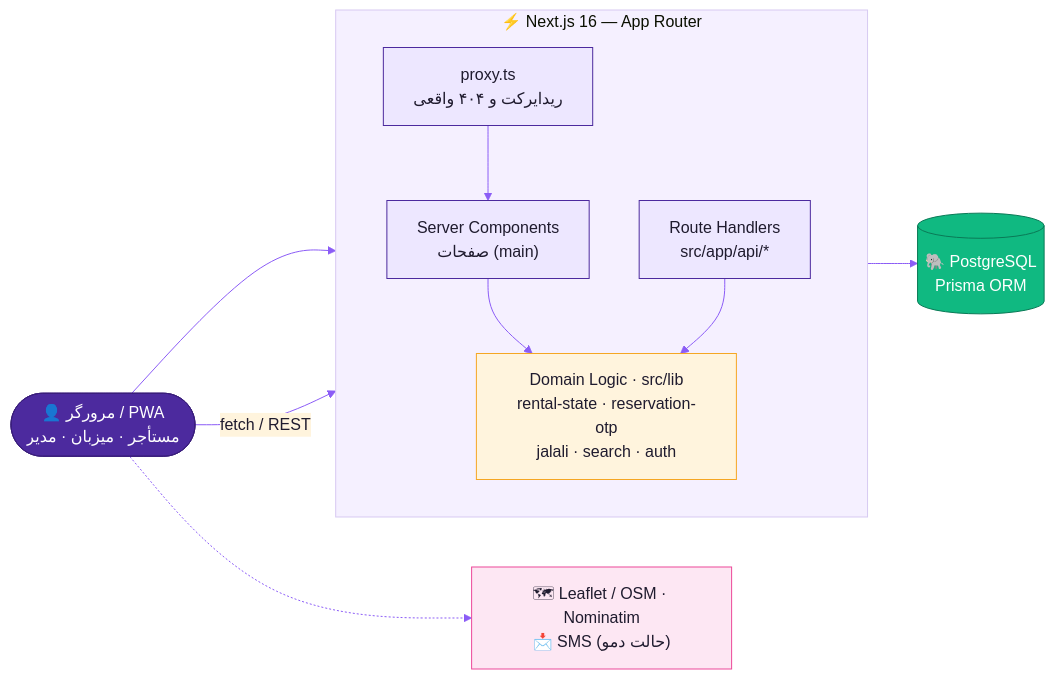
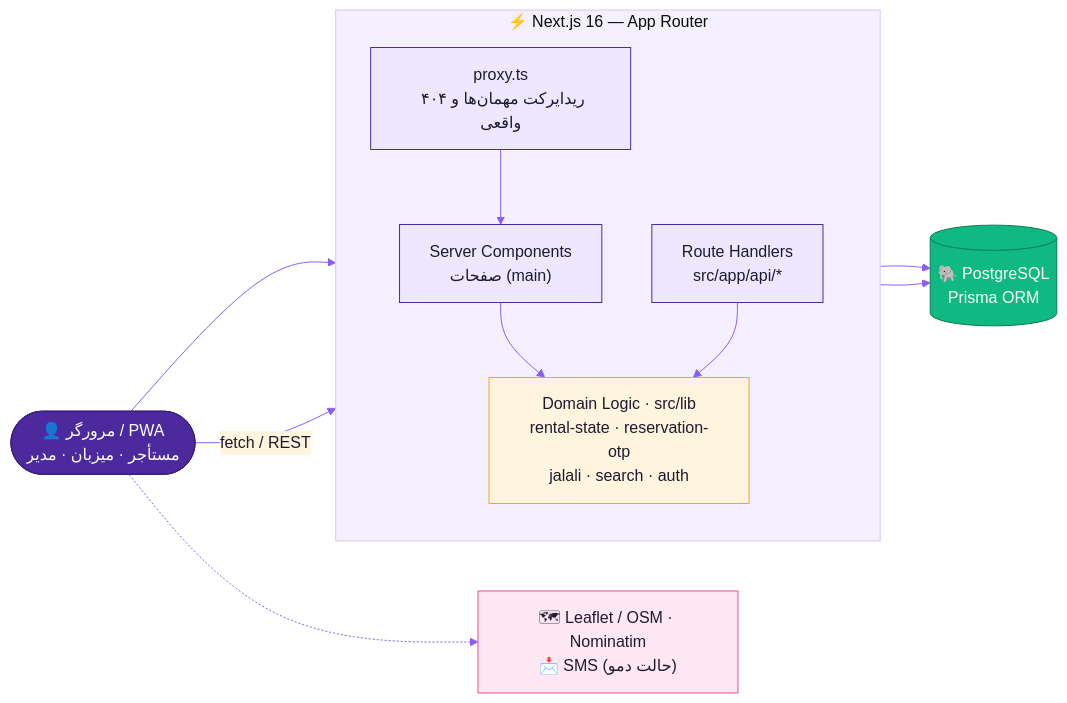
Before and after one commit to PariyaHeshmati-2005/Overa: the first of 2 diagrams in README.md, drawn with Mermaid. The commit also changed other lines of this file and 48 other files, not shown here.

````diff
--- a/README.md
+++ b/README.md
@@ -344,25 +336,26 @@
 ```mermaid
 %%{init: {'theme':'base','themeVariables':{'primaryColor':'#EDE7FF','primaryTextColor':'#1F1B2E','primaryBorderColor':'#4C2A9E','lineColor':'#8B5CF6','secondaryColor':'#FFF4DD','tertiaryColor':'#F5F0FF','fontFamily':'Vazirmatn, Tahoma, sans-serif'}}}%%
 flowchart LR
     U(["👤 مرورگر / PWA<br/>مستأجر · میزبان · مدیر"]):::user
     subgraph NEXT["⚡ Next.js 16 — App Router"]
         direction TB
-        P["proxy.ts<br/>ریدایرکت و ۴۰۴ واقعی"]:::core
+        P["proxy.ts<br/>ریدایرکت مهمان‌ها و ۴۰۴ واقعی"]:::core
         S["Server Components<br/>صفحات (main)"]:::core
         A["Route Handlers<br/>src/app/api/*"]:::core
         L["Domain Logic · src/lib<br/>rental-state · reservation-otp<br/>jalali · search · auth"]:::logic
     end
     DB[("🐘 PostgreSQL<br/>Prisma ORM")]:::db
     EXT["🗺 Leaflet / OSM · Nominatim<br/>📩 SMS (حالت دمو)"]:::ext
     U --> P --> S
     U -- "fetch / REST" --> A
     S --> L
+    S --> DB
     A --> L
     L --> DB
     U -.-> EXT
     classDef user fill:#4C2A9E,stroke:#3A1E7B,color:#fff
     classDef core fill:#EDE7FF,stroke:#4C2A9E,color:#1F1B2E
     classDef logic fill:#FFF4DD,stroke:#F5A623,color:#1F1B2E
     classDef db fill:#10B981,stroke:#0B7A57,color:#fff
     classDef ext fill:#FDE7F3,stroke:#EC4899,color:#1F1B2E
 ```
````
